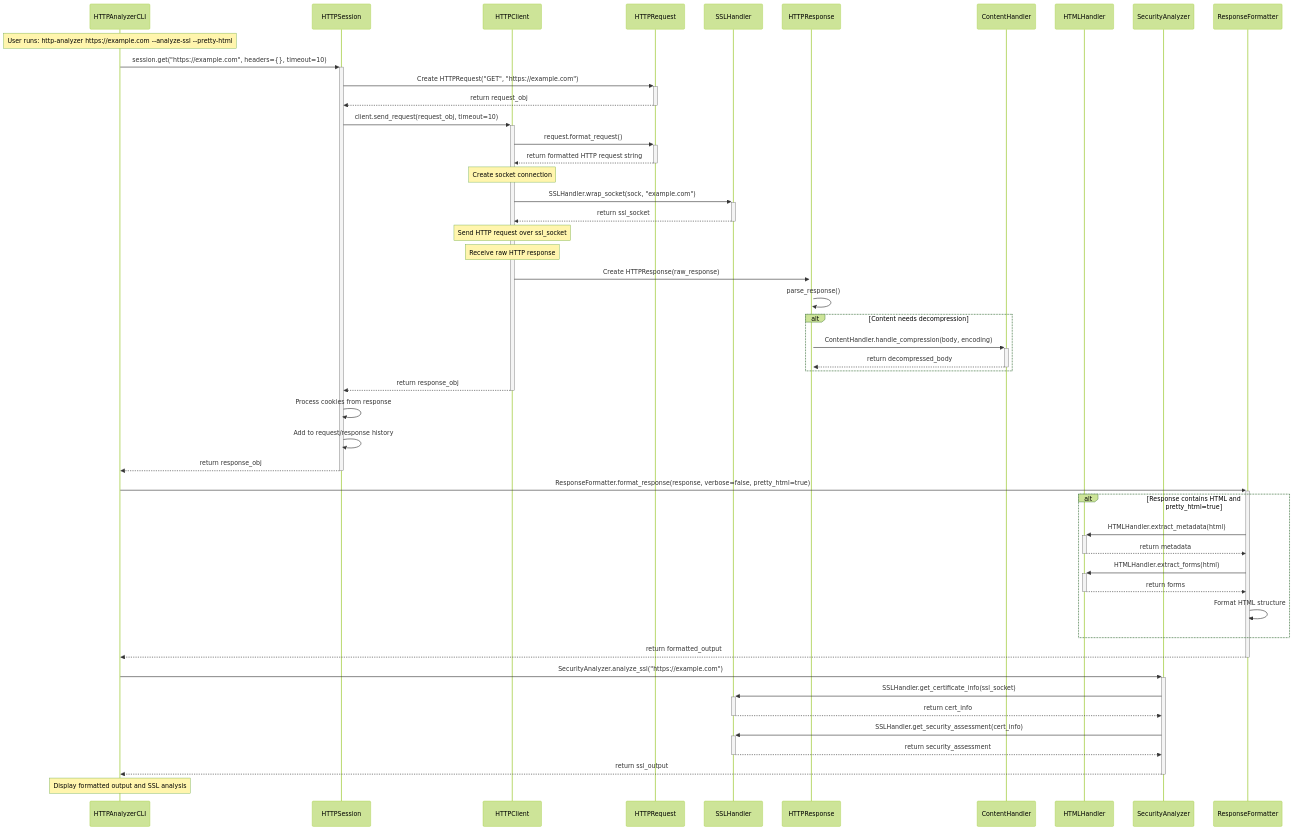
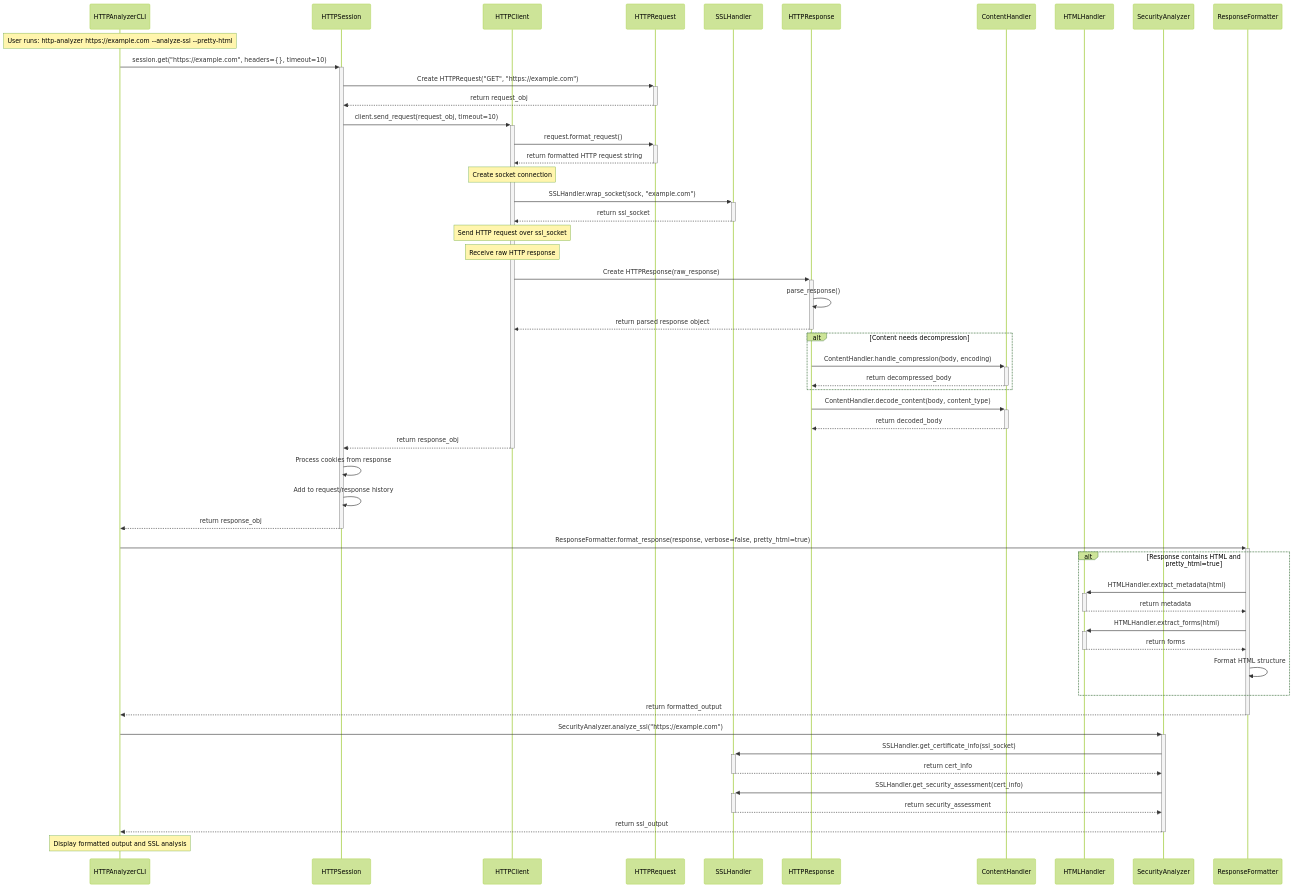
Before and after one commit to random-walkie/gasw_foncc: the diagram in osi-network-projects/src/http_analyzer/README.md, drawn with Mermaid (forest theme).

Commit message:
Improve sequence diagram in HTTP analyzer README
Refined the sequence diagram to enhance clarity and correctness. Added missing steps like response decoding and improved formatting for better readability.

````diff
--- a/osi-network-projects/src/http_analyzer/README.md
+++ b/osi-network-projects/src/http_analyzer/README.md
@@ -373,67 +373,71 @@
 ```mermaid
 sequenceDiagram
-    participant CLI as HTTPAnalyzerCLI
-    participant Session as HTTPSession
-    participant Client as HTTPClient
-    participant Request as HTTPRequest
-    participant SSL as SSLHandler
-    participant Response as HTTPResponse
-    participant Content as ContentHandler
-    participant HTML as HTMLHandler
-    participant Security as SecurityAnalyzer
-    participant Format as ResponseFormatter
+   participant CLI as HTTPAnalyzerCLI
+   participant Session as HTTPSession
+   participant Client as HTTPClient
+   participant Request as HTTPRequest
+   participant SSL as SSLHandler
+   participant Response as HTTPResponse
+   participant Content as ContentHandler
+   participant HTML as HTMLHandler
+   participant Security as SecurityAnalyzer
+   participant Format as ResponseFormatter
 
-    Note over CLI: User runs: http-analyzer https://example.com --analyze-ssl --pretty-html
-    
-    CLI->>+Session: session.get("https://example.com", headers={}, timeout=10)
-    Session->>+Request: Create HTTPRequest("GET", "https://example.com")
-    Request-->>-Session: return request_obj
-    
-    Session->>+Client: client.send_request(request_obj, timeout=10)
-    Client->>+Request: request.format_request()
-    Request-->>-Client: return formatted HTTP request string
-    
-    Note over Client: Create socket connection
-    
-    Client->>+SSL: SSLHandler.wrap_socket(sock, "example.com")
-    SSL-->>-Client: return ssl_socket
-    
-    Note over Client: Send HTTP request over ssl_socket
-    Note over Client: Receive raw HTTP response
-    
-    Client->>+Response: Create HTTPResponse(raw_response)
-    Response->>Response: parse_response()
-    
-    alt Content needs decompression
-        Response->>+Content: ContentHandler.handle_compression(body, encoding)
-        Content-->>-Response: return decompressed_body
-    end
-    
-    Client-->>-Session: return response_obj
-    
-    Session->>Session: Process cookies from response
-    Session->>Session: Add to request/response history
-    
-    Session-->>-CLI: return response_obj
-    
-    CLI->>+Format: ResponseFormatter.format_response(response, verbose=false, pretty_html=true)
-    
-    alt Response contains HTML and pretty_html=true
-        Format->>+HTML: HTMLHandler.extract_metadata(html)
-        HTML-->>-Format: return metadata
-        Format->>+HTML: HTMLHandler.extract_forms(html)
-        HTML-->>-Format: return forms
-        Format->>Format: Format HTML structure
-    end
-    
-    Format-->>-CLI: return formatted_output
-    
-    CLI->>+Security: SecurityAnalyzer.analyze_ssl("https://example.com")
-    Security->>+SSL: SSLHandler.get_certificate_info(ssl_socket)
-    SSL-->>-Security: return cert_info
-    Security->>+SSL: SSLHandler.get_security_assessment(cert_info)
-    SSL-->>-Security: return security_assessment
-    Security-->>-CLI: return ssl_output
-    
-    Note over CLI: Display formatted output and SSL analysis
+   Note over CLI: User runs: http-analyzer https://example.com --analyze-ssl --pretty-html
+
+   CLI->>+Session: session.get("https://example.com", headers={}, timeout=10)
+   Session->>+Request: Create HTTPRequest("GET", "https://example.com")
+   Request-->>-Session: return request_obj
+
+   Session->>+Client: client.send_request(request_obj, timeout=10)
+   Client->>+Request: request.format_request()
+   Request-->>-Client: return formatted HTTP request string
+
+   Note over Client: Create socket connection
+
+   Client->>+SSL: SSLHandler.wrap_socket(sock, "example.com")
+   SSL-->>-Client: return ssl_socket
+
+   Note over Client: Send HTTP request over ssl_socket
+   Note over Client: Receive raw HTTP response
+
+   Client->>+Response: Create HTTPResponse(raw_response)
+   Response->>Response: parse_response()
+   Response-->>-Client: return parsed response object
+
+   alt Content needs decompression
+      Response->>+Content: ContentHandler.handle_compression(body, encoding)
+      Content-->>-Response: return decompressed_body
+   end
+
+   Response->>+Content: ContentHandler.decode_content(body, content_type)
+   Content-->>-Response: return decoded_body
+
+   Client-->>-Session: return response_obj
+
+   Session->>Session: Process cookies from response
+   Session->>Session: Add to request/response history
+
+   Session-->>-CLI: return response_obj
+
+   CLI->>+Format: ResponseFormatter.format_response(response, verbose=false, pretty_html=true)
+
+   alt Response contains HTML and pretty_html=true
+      Format->>+HTML: HTMLHandler.extract_metadata(html)
+      HTML-->>-Format: return metadata
+      Format->>+HTML: HTMLHandler.extract_forms(html)
+      HTML-->>-Format: return forms
+      Format->>Format: Format HTML structure
+   end
+
+   Format-->>-CLI: return formatted_output
+
+   CLI->>+Security: SecurityAnalyzer.analyze_ssl("https://example.com")
+   Security->>+SSL: SSLHandler.get_certificate_info(ssl_socket)
+   SSL-->>-Security: return cert_info
+   Security->>+SSL: SSLHandler.get_security_assessment(cert_info)
+   SSL-->>-Security: return security_assessment
+   Security-->>-CLI: return ssl_output
+
+   Note over CLI: Display formatted output and SSL analysis
 ```
````
